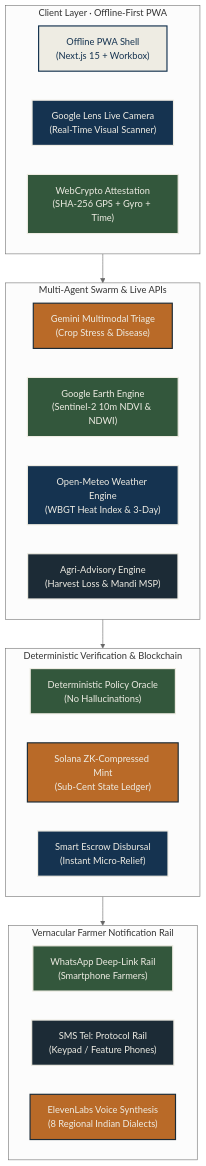
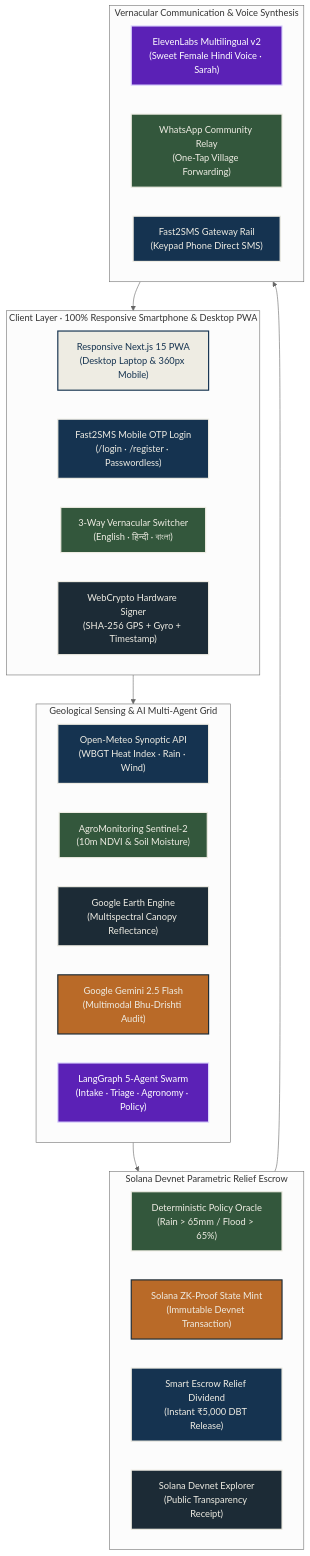
Before and after one commit to Ayushnot41/AetherWave: the first of 2 diagrams in README.md, drawn with Mermaid (neutral theme). The commit also changed other lines of this file, not shown here.

Commit message:
feat(audit): complete comprehensive hard audit, add Fast2SMS live OTP service, responsive National Landing Page, and update documentation with colored Mermaid architecture and 41-route matrix

````diff
--- a/README.md
+++ b/README.md
@@ -36,37 +49,42 @@
 ```mermaid
 flowchart TD
     classDef auth fill:#153350,stroke:#EEECE3,stroke-width:2px,color:#EEECE3
     classDef ochre fill:#B96A28,stroke:#1C2B36,stroke-width:2px,color:#EEECE3
     classDef forest fill:#33573C,stroke:#EEECE3,stroke-width:2px,color:#EEECE3
     classDef ink fill:#1C2B36,stroke:#EEECE3,stroke-width:2px,color:#EEECE3
     classDef light fill:#EEECE3,stroke:#153350,stroke-width:2px,color:#153350
+    classDef violet fill:#5B21B6,stroke:#DDD6FE,stroke-width:2px,color:#FFFFFF
 
-    subgraph Client ["Client Layer · Offline-First PWA"]
-        PWA["Offline PWA Shell<br/>(Next.js 15 + Workbox)"]:::light
-        Lens["Google Lens Live Camera<br/>(Real-Time Visual Scanner)"]:::auth
-        Sensors["WebCrypto Attestation<br/>(SHA-256 GPS + Gyro + Time)"]:::forest
+    subgraph Client ["Client Layer · 100% Responsive Smartphone & Desktop PWA"]
+        PWA["Responsive Next.js 15 PWA<br/>(Desktop Laptop & 360px Mobile)"]:::light
+        AuthMobile["Fast2SMS Mobile OTP Login<br/>(/login · /register · Passwordless)"]:::auth
+        Lang["3-Way Vernacular Switcher<br/>(English · हिन्दी · বাংলা)"]:::forest
+        Attest["WebCrypto Hardware Signer<br/>(SHA-256 GPS + Gyro + Timestamp)"]:::ink
     end
 
-    subgraph Intelligence ["Multi-Agent Swarm & Live APIs"]
-        Gemini["Gemini Multimodal Triage<br/>(Crop Stress & Disease)"]:::ochre
-        GEE["Google Earth Engine<br/>(Sentinel-2 10m NDVI & NDWI)"]:::forest
-        Weather["Open-Meteo Weather Engine<br/>(WBGT Heat Index & 3-Day)"]:::auth
-        Advisor["Agri-Advisory Engine<br/>(Harvest Loss & Mandi MSP)"]:::ink
+    subgraph Intelligence ["Geological Sensing & AI Multi-Agent Grid"]
+        OpenMeteo["Open-Meteo Synoptic API<br/>(WBGT Heat Index · Rain · Wind)"]:::auth
+        Agro["AgroMonitoring Sentinel-2<br/>(10m NDVI & Soil Moisture)"]:::forest
+        GEE["Google Earth Engine<br/>(Multispectral Canopy Reflectance)"]:::ink
+        Gemini["Google Gemini 2.5 Flash<br/>(Multimodal Bhu-Drishti Audit)"]:::ochre
+        LangGraph["LangGraph 5-Agent Swarm<br/>(Intake · Triage · Agronomy · Policy)"]:::violet
     end
 
-    subgraph Resolution ["Deterministic Verification & Blockchain"]
-        Oracle["Deterministic Policy Oracle<br/>(No Hallucinations)"]:::forest
-        Solana["Solana ZK-Compressed Mint<br/>(Sub-Cent State Ledger)"]:::ochre
-        Escrow["Smart Escrow Disbursal<br/>(Instant Micro-Relief)"]:::auth
+    subgraph Blockchain ["Solana Devnet Parametric Relief Escrow"]
+        Oracle["Deterministic Policy Oracle<br/>(Rain > 65mm / Flood > 65%)"]:::forest
+        SolanaMint["Solana ZK-Proof State Mint<br/>(Immutable Devnet Transaction)"]:::ochre
+        Escrow["Smart Escrow Relief Dividend<br/>(Instant ₹5,000 DBT Release)"]:::auth
+        Explorer["Solana Devnet Explorer<br/>(Public Transparency Receipt)"]:::ink
     end
 
-    subgraph Notifications ["Vernacular Farmer Notification Rail"]
-        WA["WhatsApp Deep-Link Rail<br/>(Smartphone Farmers)"]:::forest
-        SMS["SMS Tel: Protocol Rail<br/>(Keypad / Feature Phones)"]:::ink
-        Voice["ElevenLabs Voice Synthesis<br/>(8 Regional Indian Dialects)"]:::ochre
+    subgraph Delivery ["Vernacular Communication & Voice Synthesis"]
+        ElevenLabs["ElevenLabs Multilingual v2<br/>(Sweet Female Hindi Voice · Sarah)"]:::violet
+        WhatsApp["WhatsApp Community Relay<br/>(One-Tap Village Forwarding)"]:::forest
+        SMS["Fast2SMS Gateway Rail<br/>(Keypad Phone Direct SMS)"]:::auth
     end
 
     Client --> Intelligence
-    Intelligence --> Resolution
-    Resolution --> Notifications
+    Intelligence --> Blockchain
+    Blockchain --> Delivery
+    Delivery --> Client
 ```
````
